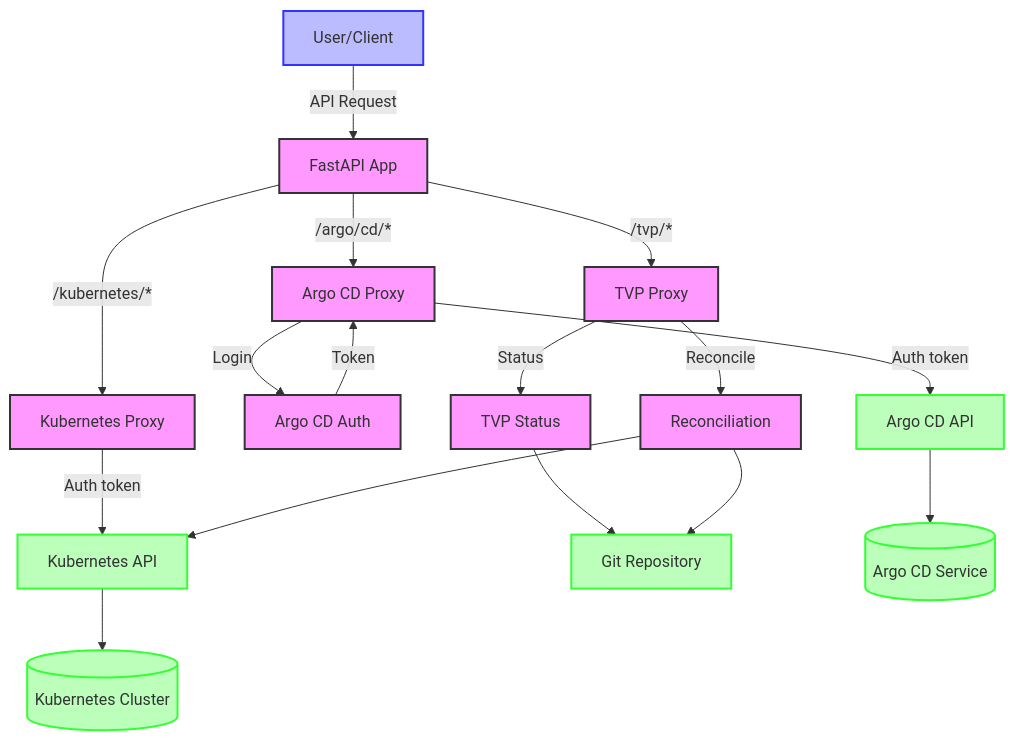
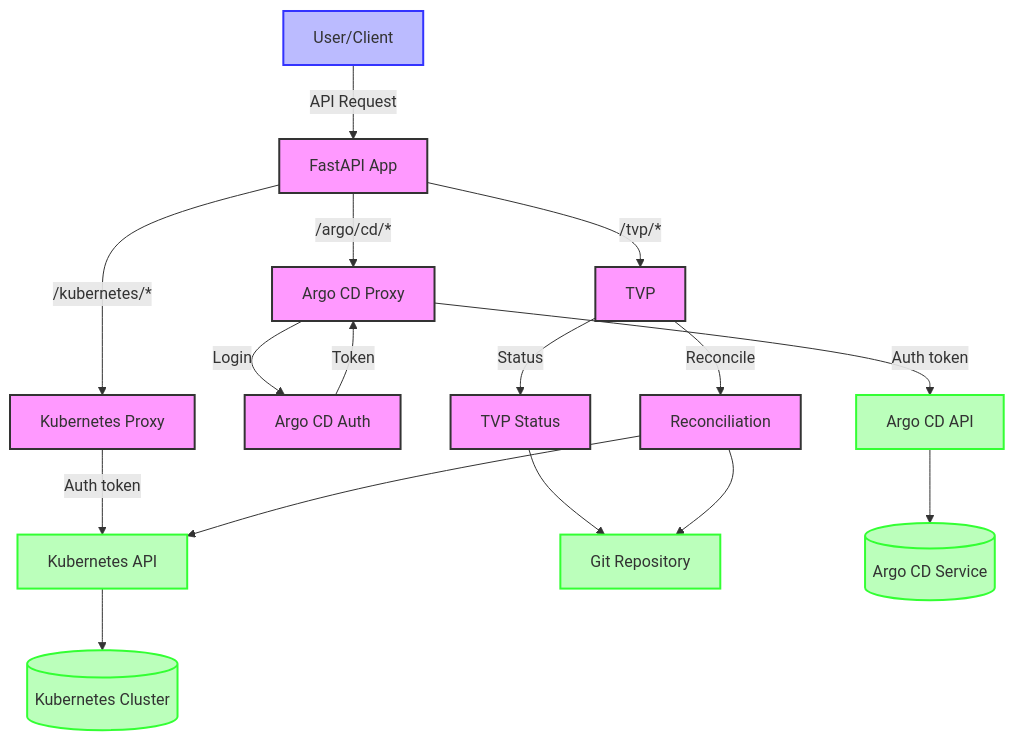
One commit to lloydchang/tvp-k8s changed the ninth of 9 diagrams in README.md. Above: the diagram before and after it, drawn with Mermaid. The commit also changed other lines of this file and 3 other files, not shown here.

````diff
--- a/README.md
+++ b/README.md
@@ -413,32 +413,32 @@
 ```mermaid
 flowchart TD
     User[User/Client] -->|API Request| API[FastAPI App]
     
     API -->|/kubernetes/*| KP[Kubernetes Proxy]
     API -->|/argo/cd/*| AP[Argo CD Proxy]
-    API -->|/tvp/*| TVP[TVP Proxy]
+    API -->|/tvp/*| TVP[TVP]
     
     KP -->|Auth token| KA[Kubernetes API]
     AP -->|Login| Auth[Argo CD Auth]
     Auth -->|Token| AP
     AP -->|Auth token| AA[Argo CD API]
     
     TVP -->|Status| TS[TVP Status]
     TVP -->|Reconcile| R[Reconciliation]
     
     TS --> Git[Git Repository]
     R --> Git
     R --> KA
     
     KA --> Kubernetes[(Kubernetes Cluster)]
     AA --> ArgoCD[(Argo CD Service)]
     
     classDef user fill:#bbf,stroke:#33f,stroke-width:2px
     classDef app fill:#f9f,stroke:#333,stroke-width:2px
     classDef external fill:#bfb,stroke:#3f3,stroke-width:2px
     
     class User user
     class API,KP,AP,TVP,TS,R,Auth app
     class Kubernetes,ArgoCD,Git,KA,AA external
 
 ```
````
